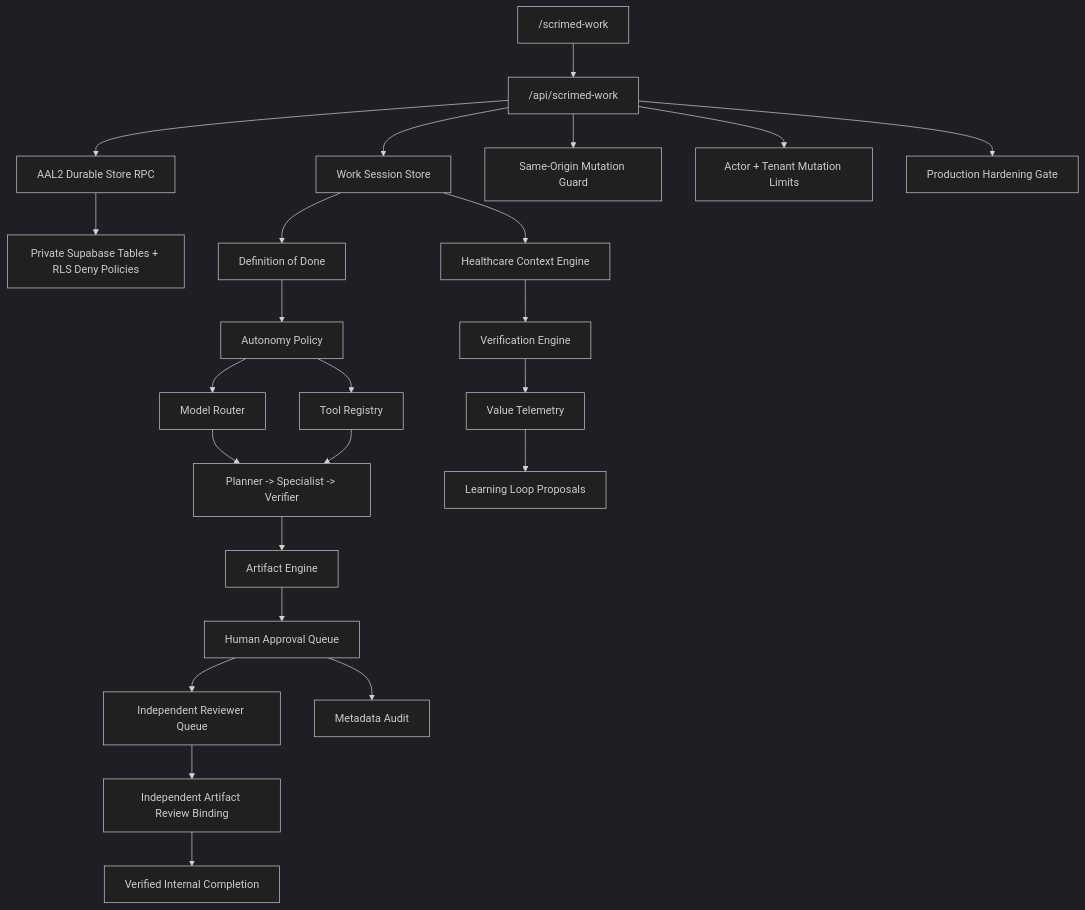
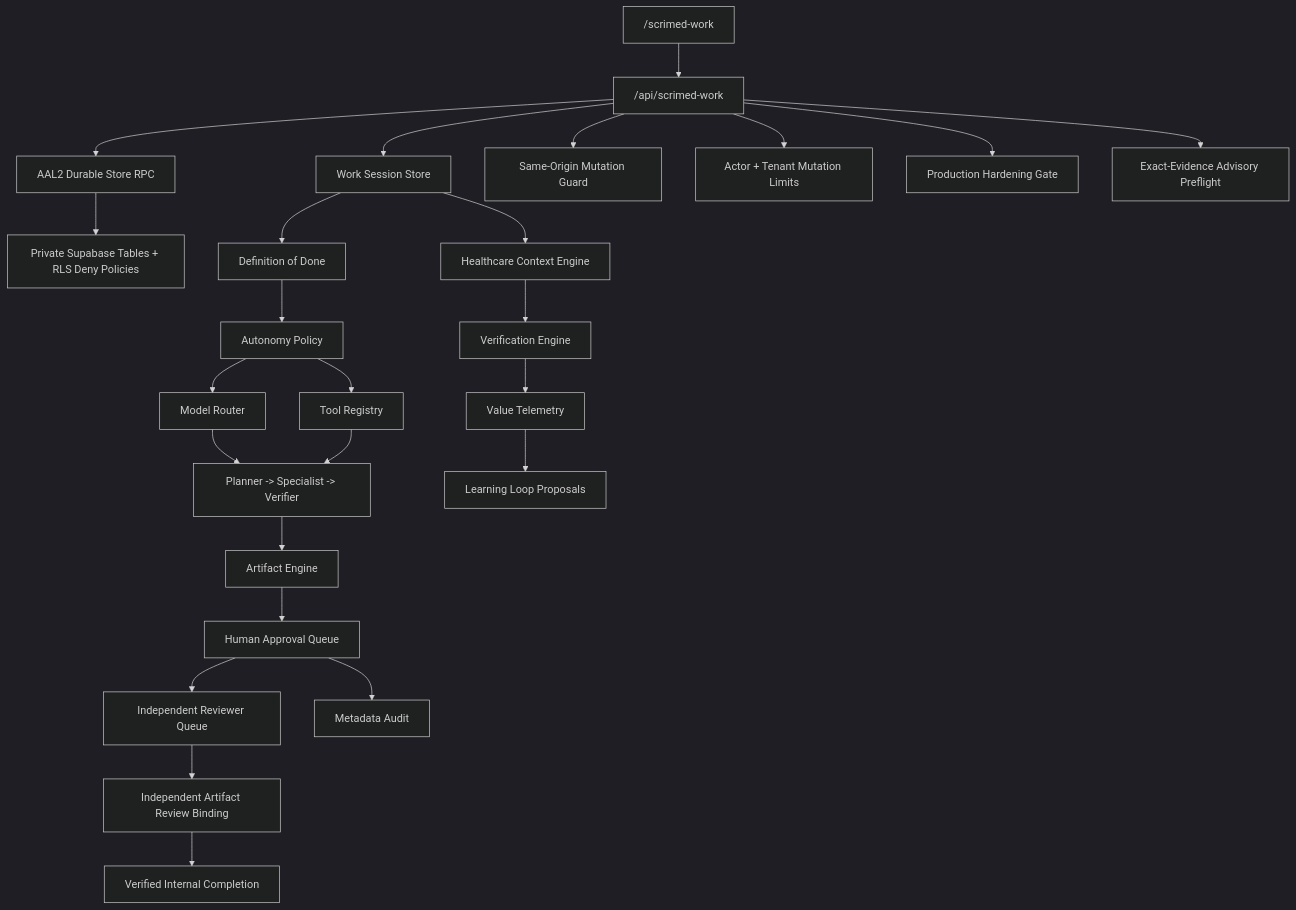
Before and after one commit to temitayodahunsi777/scrimed-site: the diagram in docs/scrimed-work.md, drawn with Mermaid (dark theme). The commit also changed other lines of this file and 37 other files, not shown here.

````diff
--- a/docs/scrimed-work.md
+++ b/docs/scrimed-work.md
@@ -30,26 +69,27 @@
 ```mermaid
 flowchart TD
   UI["/scrimed-work"] --> API["/api/scrimed-work"]
   API --> Session["Work Session Store"]
   API --> Durable["AAL2 Durable Store RPC"]
   API --> CSRF["Same-Origin Mutation Guard"]
   API --> RateLimit["Actor + Tenant Mutation Limits"]
   API --> Hardening["Production Hardening Gate"]
+  API --> Preflight["Exact-Evidence Advisory Preflight"]
   Durable --> RLS["Private Supabase Tables + RLS Deny Policies"]
   Session --> Contract["Definition of Done"]
   Contract --> Policy["Autonomy Policy"]
   Policy --> Router["Model Router"]
   Policy --> Tools["Tool Registry"]
   Session --> Context["Healthcare Context Engine"]
   Context --> Verify["Verification Engine"]
   Router --> Agents["Planner -> Specialist -> Verifier"]
   Tools --> Agents
   Agents --> Artifact["Artifact Engine"]
   Artifact --> Approval["Human Approval Queue"]
   Approval --> Queue["Independent Reviewer Queue"]
   Queue --> Review["Independent Artifact Review Binding"]
   Review --> Complete["Verified Internal Completion"]
   Verify --> Telemetry["Value Telemetry"]
   Approval --> Audit["Metadata Audit"]
   Telemetry --> Learning["Learning Loop Proposals"]
 ```
````
